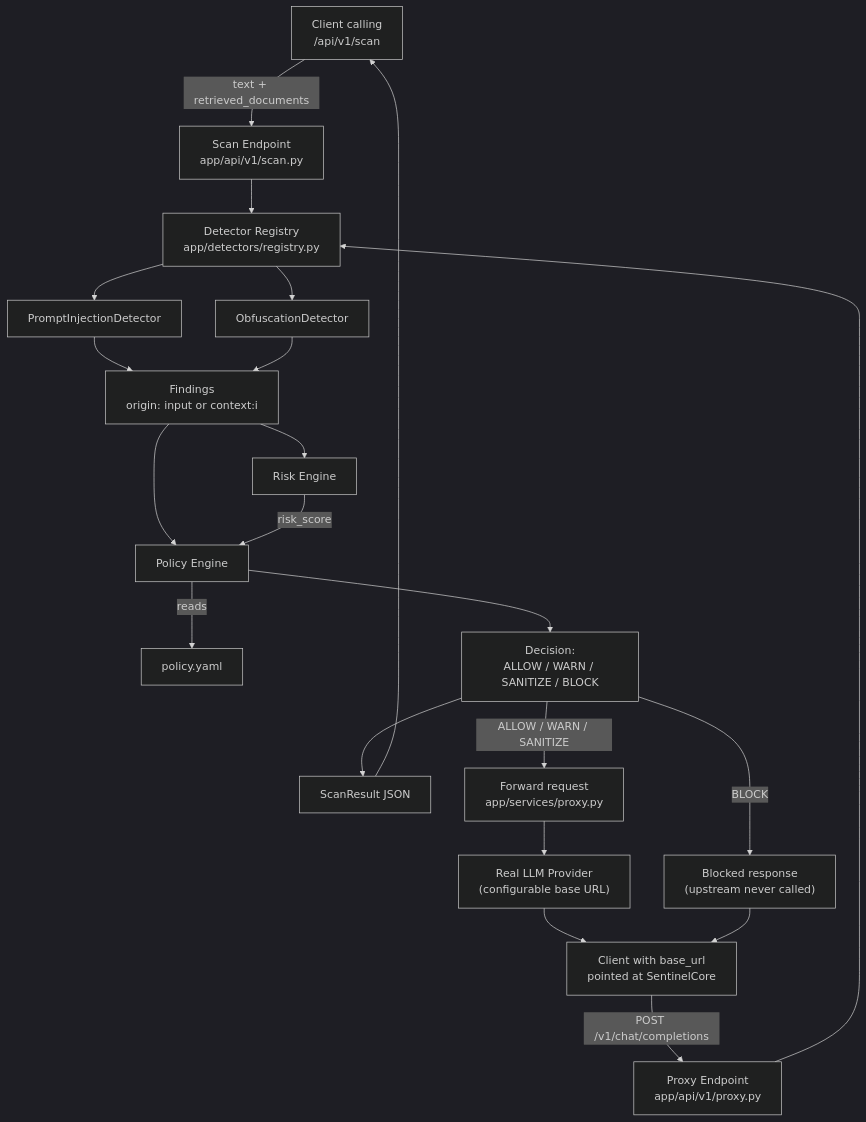
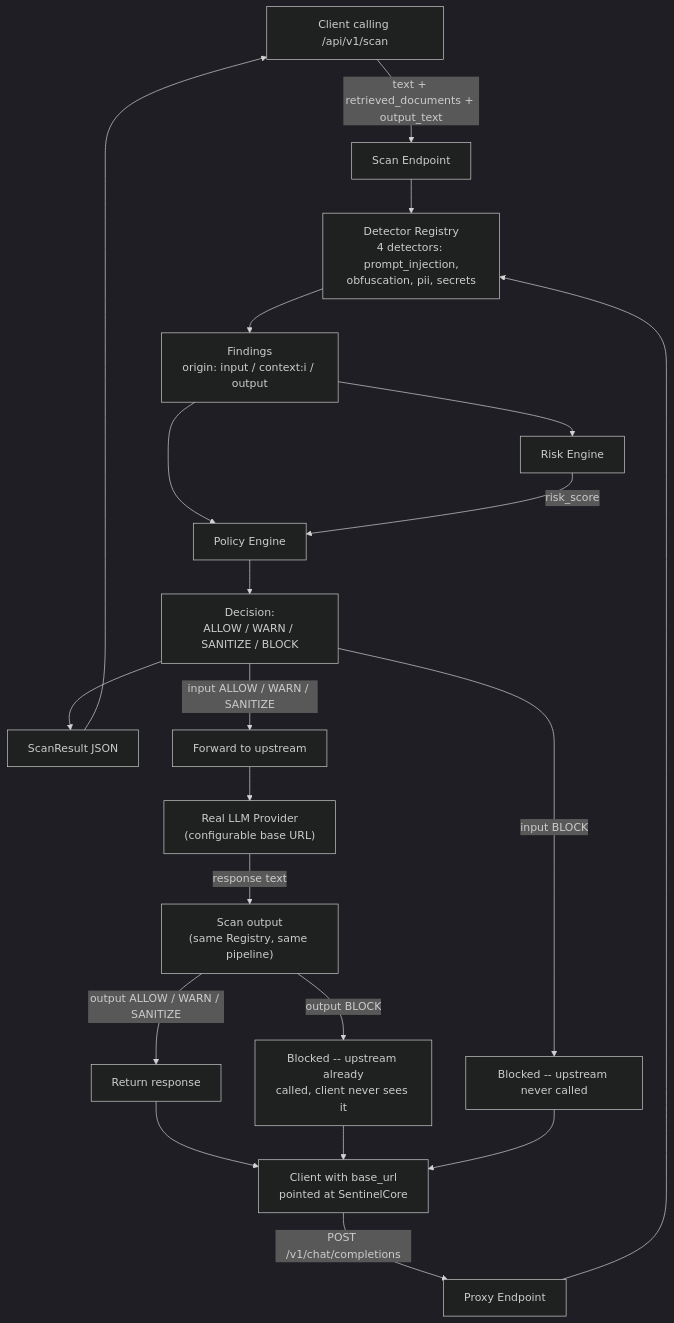
Before and after one commit to jaisurya93945/sentinelcore: the diagram in docs/architecture/README.md, drawn with Mermaid (dark theme). The commit also changed other lines of this file and 19 other files, not shown here.

````diff
--- a/docs/architecture/README.md
+++ b/docs/architecture/README.md
@@ -7,23 +7,23 @@
 ```mermaid
 flowchart TD
-    ScanClient["Client calling<br/>/api/v1/scan"] -->|text + retrieved_documents| ScanAPI["Scan Endpoint<br/>app/api/v1/scan.py"]
-    ProxyClient["Client with base_url<br/>pointed at SentinelCore"] -->|POST /v1/chat/completions| ProxyAPI["Proxy Endpoint<br/>app/api/v1/proxy.py"]
-    ScanAPI --> Registry["Detector Registry<br/>app/detectors/registry.py"]
+    ScanClient["Client calling /api/v1/scan"] -->|"text + retrieved_documents + output_text"| ScanAPI[Scan Endpoint]
+    ProxyClient["Client with base_url<br/>pointed at SentinelCore"] -->|POST /v1/chat/completions| ProxyAPI[Proxy Endpoint]
+    ScanAPI --> Registry["Detector Registry<br/>4 detectors: prompt_injection,<br/>obfuscation, pii, secrets"]
     ProxyAPI --> Registry
-    Registry --> PI["PromptInjectionDetector"]
-    Registry --> OB["ObfuscationDetector"]
-    PI --> Findings["Findings<br/>origin: input or context:i"]
-    OB --> Findings
-    Findings --> Risk["Risk Engine"]
+    Registry --> Findings["Findings<br/>origin: input / context:i / output"]
+    Findings --> Risk[Risk Engine]
     Findings --> Policy[Policy Engine]
     Risk -->|risk_score| Policy
-    Policy -->|reads| YAML[policy.yaml]
     Policy --> Decision["Decision:<br/>ALLOW / WARN / SANITIZE / BLOCK"]
     Decision --> ScanResponse[ScanResult JSON]
     ScanResponse --> ScanClient
-    Decision -->|BLOCK| BlockResp["Blocked response<br/>(upstream never called)"]
-    Decision -->|"ALLOW / WARN / SANITIZE"| Forward["Forward request<br/>app/services/proxy.py"]
+    Decision -->|input BLOCK| BlockResp["Blocked -- upstream never called"]
+    Decision -->|"input ALLOW / WARN / SANITIZE"| Forward[Forward to upstream]
     Forward --> Upstream["Real LLM Provider<br/>(configurable base URL)"]
-    Upstream --> ProxyClient
+    Upstream -->|response text| OutputScan["Scan output<br/>(same Registry, same pipeline)"]
+    OutputScan -->|output BLOCK| OutputBlockResp["Blocked -- upstream already<br/>called, client never sees it"]
+    OutputScan -->|"output ALLOW / WARN / SANITIZE"| ReturnResp[Return response]
+    ReturnResp --> ProxyClient
+    OutputBlockResp --> ProxyClient
     BlockResp --> ProxyClient
 ```
````
